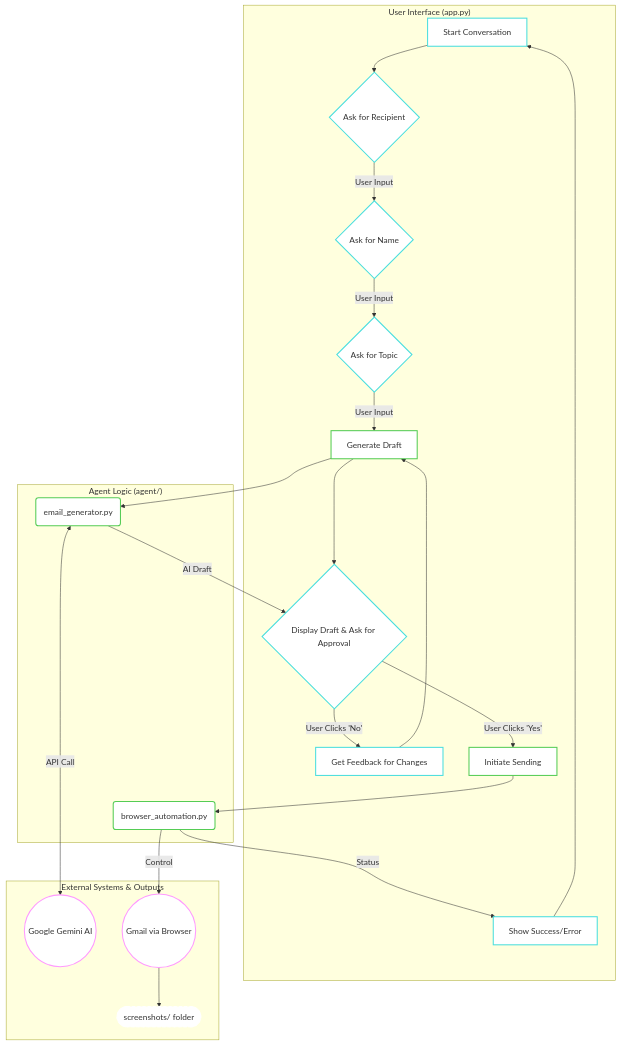
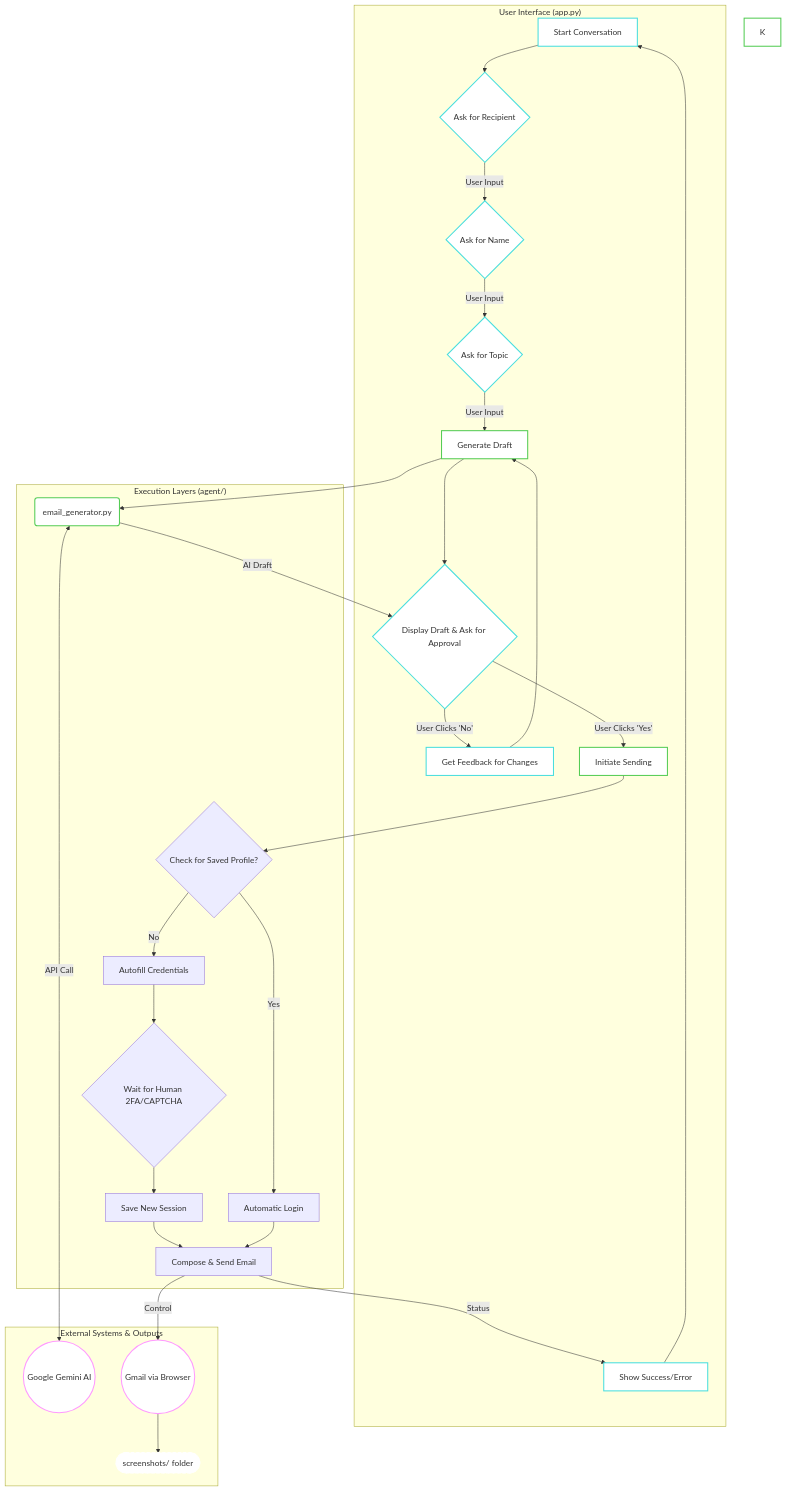
Before and after one commit to Hardik989175/Autonomous_Email_assistant: the diagram in README.md, drawn with Mermaid.

Commit message:
README.md

````diff
--- a/README.md
+++ b/README.md
@@ -30,42 +30,52 @@
 ```mermaid
 graph TD
     subgraph "User Interface (app.py)"
         A[Start Conversation] --> B{Ask for Recipient}
         B -->|User Input| C{Ask for Name}
         C -->|User Input| D{Ask for Topic}
         D -->|User Input| E[Generate Draft]
         E --> F{Display Draft & Ask for Approval}
         F -->|User Clicks 'No'| G[Get Feedback for Changes]
         G --> E
         F -->|User Clicks 'Yes'| H[Initiate Sending]
         I[Show Success/Error] --> A
     end
-
-    subgraph "Agent Logic (agent/)"
+    subgraph "Execution Layers (agent/)"
         E --> J(email_generator.py)
         J -->|AI Draft| F
-        H --> K(browser_automation.py)
-        K -->|Status| I
+        
+        H --> K_Check{Check for Saved Profile?}
+        K_Check -- No --> K_Autofill[Autofill Credentials]
+        K_Autofill --> K_Manual_Pause{Wait for Human 2FA/CAPTCHA}
+        K_Manual_Pause --> K_Save[Save New Session]
+        K_Save --> K_Send[Compose & Send Email]
+        
+        K_Check -- Yes --> K_Auto[Automatic Login]
+        K_Auto --> K_Send
+
+        K_Send -->|Status| I
     end
 
     subgraph "External Systems & Outputs"
         J <-->|API Call| L((Google Gemini AI))
-        K -->|Control| M((Gmail via Browser))
+        K_Send -->|Control| M((Gmail via Browser))
         M --> N([screenshots/ folder])
     end
+
+
 
     style A fill:#ffffff,stroke:#4ADEDE,stroke-width:2px
     style B fill:#ffffff,stroke:#4ADEDE,stroke-width:2px
     style C fill:#ffffff,stroke:#4ADEDE,stroke-width:2px
     style D fill:#ffffff,stroke:#4ADEDE,stroke-width:2px
     style E fill:#ffffff,stroke:#5C5,stroke-width:2px
     style F fill:#ffffff,stroke:#4ADEDE,stroke-width:2px
     style G fill:#ffffff,stroke:#4ADEDE,stroke-width:2px
     style H fill:#ffffff,stroke:#5C5,stroke-width:2px
     style I fill:#ffffff,stroke:#4ADEDE,stroke-width:2px
     style J fill:#ffffff,stroke:#5C5,stroke-width:2px
     style K fill:#ffffff,stroke:#5C5,stroke-width:2px
     style L fill:#ffffff,stroke:#f9f,stroke-width:2px
     style M fill:#ffffff,stroke:#f9f,stroke-width:2px
     style N fill:#ffffff,stroke:#fff,stroke-width:2px,stroke-dasharray: 5 5
 ```
````
